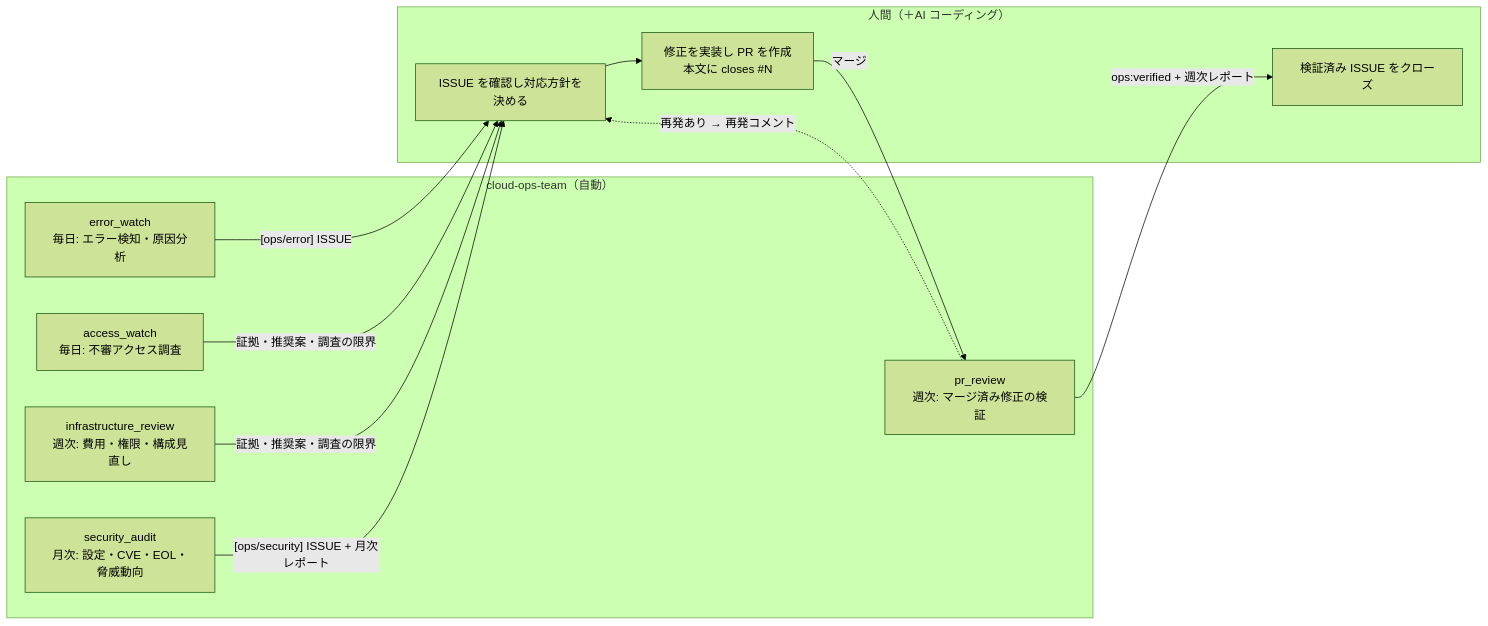
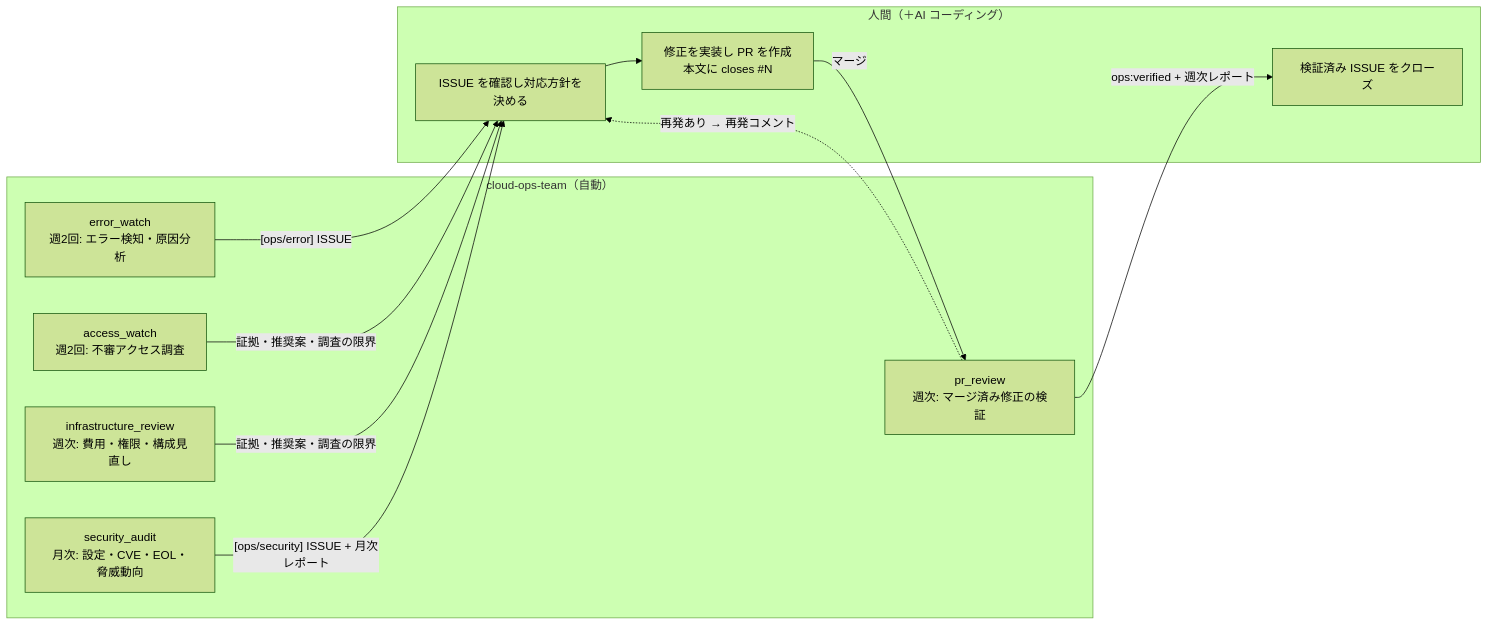
One commit to atsuki-sakai/cloud-ops-team changed the first of 4 diagrams in docs/architecture.md. Above: the diagram before and after it, drawn with Mermaid (forest theme). The commit also changed other lines of this file and 31 other files, not shown here.

````diff
--- a/docs/architecture.md
+++ b/docs/architecture.md
@@ -17,22 +17,22 @@
 ```mermaid
 flowchart LR
     subgraph Agents["cloud-ops-team（自動）"]
-        EW["error_watch<br/>毎日: エラー検知・原因分析"]
-        AW["access_watch<br/>毎日: 不審アクセス調査"]
+        EW["error_watch<br/>週2回: エラー検知・原因分析"]
+        AW["access_watch<br/>週2回: 不審アクセス調査"]
         IR["infrastructure_review<br/>週次: 費用・権限・構成見直し"]
         SA["security_audit<br/>月次: 設定・CVE・EOL・脅威動向"]
         PR["pr_review<br/>週次: マージ済み修正の検証"]
     end
     subgraph Humans["人間（＋AI コーディング）"]
         H1["ISSUE を確認し対応方針を決める"]
         H2["修正を実装し PR を作成<br/>本文に closes #N"]
         H3["検証済み ISSUE をクローズ"]
     end
     EW -- "[ops/error] ISSUE" --> H1
     AW & IR -- "証拠・推奨案・調査の限界" --> H1
     SA -- "[ops/security] ISSUE + 月次レポート" --> H1
     H1 --> H2
     H2 -- "マージ" --> PR
     PR -- "ops:verified + 週次レポート" --> H3
     PR -. "再発あり → 再発コメント" .-> H1
 ```
````
